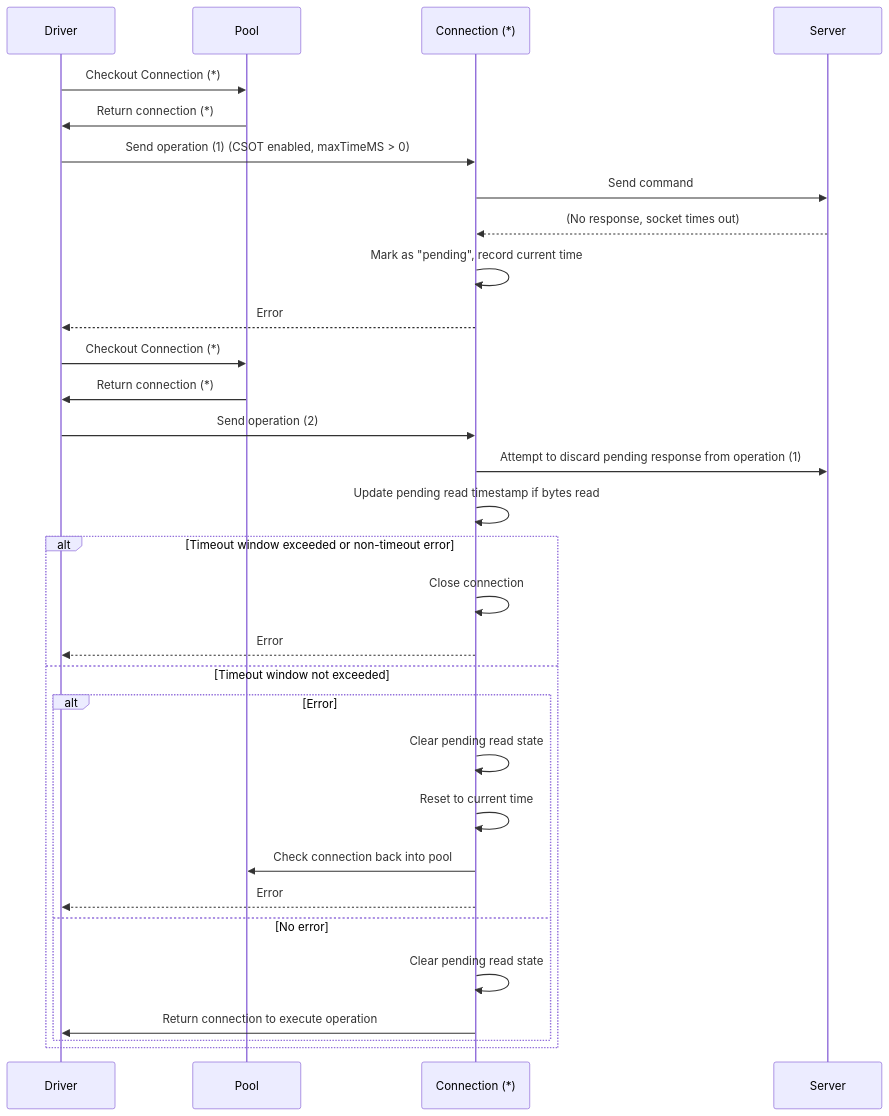
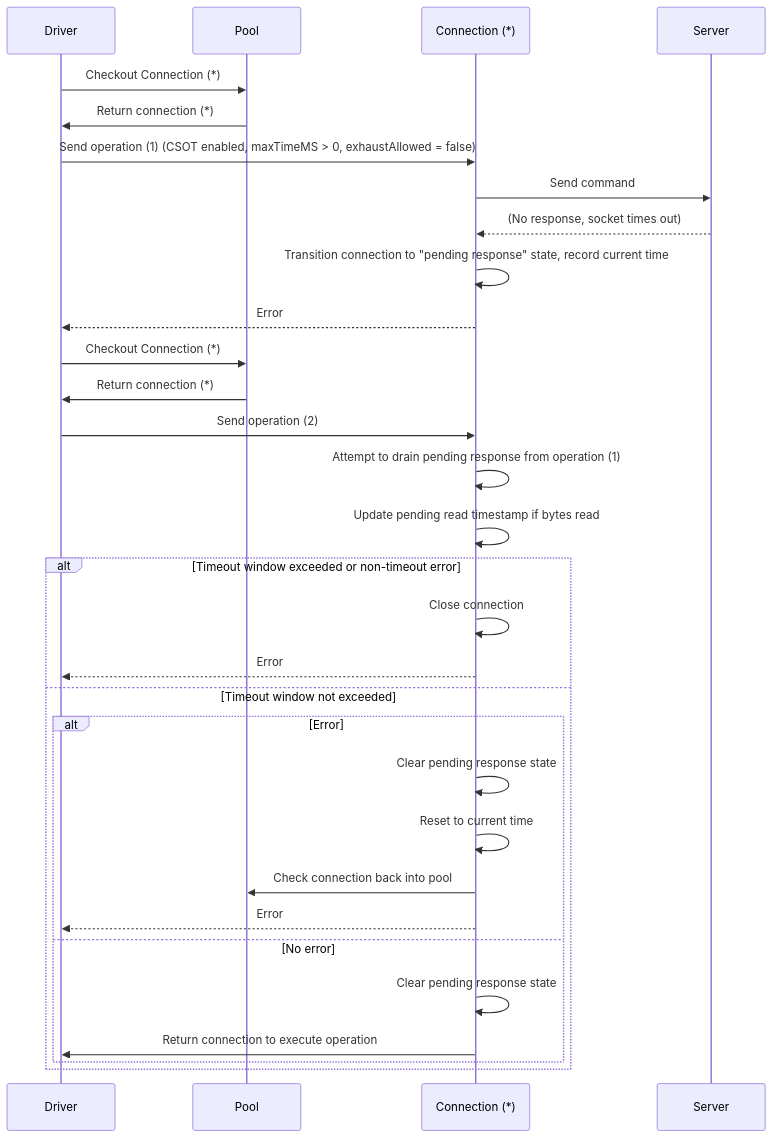
One commit to mongodb/specifications changed the diagram in source/connection-monitoring-and-pooling/connection-monitoring-and-pooling.md. Above: the diagram before and after it, drawn with Mermaid. The commit also changed other lines of this file, not shown here.

````diff
--- a/source/connection-monitoring-and-pooling/connection-monitoring-and-pooling.md
+++ b/source/connection-monitoring-and-pooling/connection-monitoring-and-pooling.md
@@ -607,40 +615,37 @@
 ```mermaid
-sequenceDiagram  
+sequenceDiagram
     participant Driver
     participant Pool  
     participant Conn as Connection (*) 
     participant Server  
   
     Driver->>Pool: Checkout Connection (*)
     Pool->>Driver: Return connection (*)
+    Driver->>Conn: Send operation (1) (CSOT enabled, maxTimeMS > 0, exhaustAllowed = false)  
+    Conn->>Server: Send command  
+    Server-->>Conn: (No response, socket times out)
 
-    Driver->>Conn: Send operation (1) (CSOT enabled, maxTimeMS > 0)  
-    Conn->>Server: Send command  
-    Server-->>Conn: (No response, socket times out)  
-    Conn->>Conn: Mark as "pending", record current time 
+    Conn->>Conn: Transition connection to "pending response" state, record current time 
     Conn-->>Driver: Error  
 
     Driver->>Pool: Checkout Connection (*)
     Pool->>Driver: Return connection (*)
-
     Driver->>Conn: Send operation (2)
-
  
-    Conn->>Server: Attempt to discard pending response from operation (1)
+    Conn->>Conn: Attempt to drain pending response from operation (1)
     Conn->>Conn: Update pending read timestamp if bytes read  
-
     alt Timeout window exceeded or non-timeout error 
         Conn->>Conn: Close connection  
         Conn-->>Driver: Error  
     else Timeout window not exceeded  
        alt Error  
-            Conn->>Conn: Clear pending read state
+            Conn->>Conn: Clear pending response state
             Conn->>Conn: Reset to current time  
             Conn->>Pool: Check connection back into pool  
             Conn-->>Driver: Error  
         else No error  
-            Conn->>Conn: Clear pending read state  
+            Conn->>Conn: Clear pending response state  
             Conn->>Driver: Return connection to execute operation  
         end  
     end  
 ```
````
